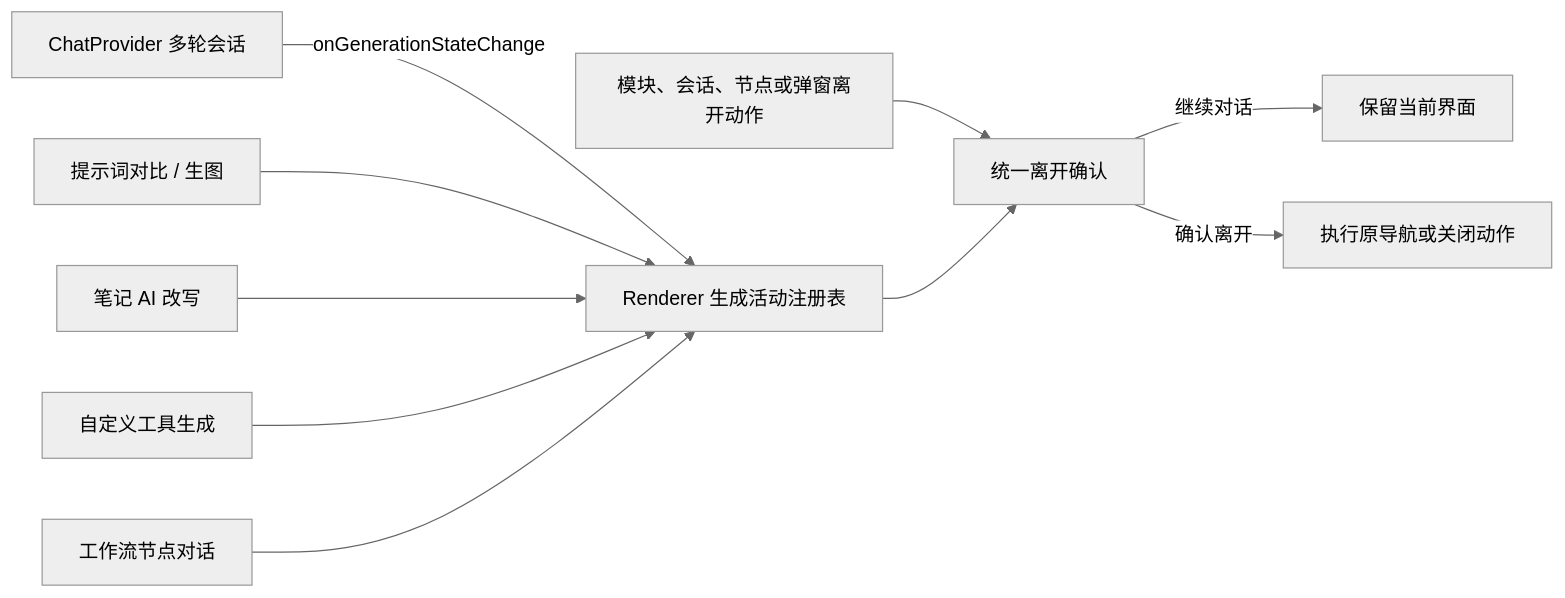
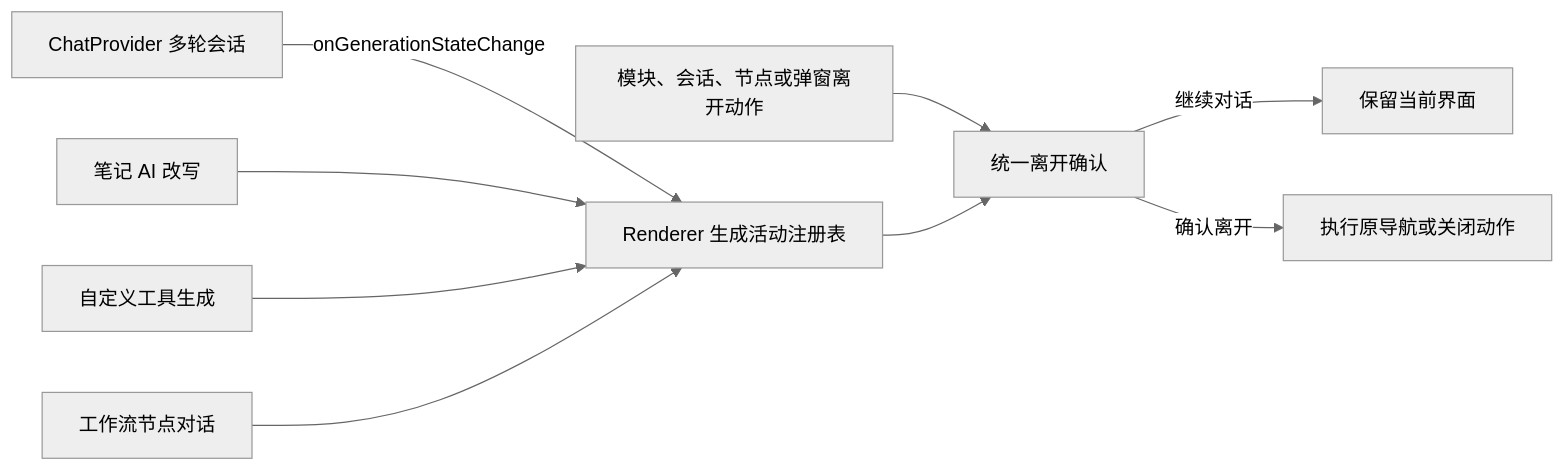
The fifth of 8 diagrams in docs/architecture/system-overview.md (zhangxinggang/momo-ai), drawn with Mermaid (neutral theme) before and after one commit. The commit also changed other lines of this file and 610 other files, not shown here.

````diff
--- a/docs/architecture/system-overview.md
+++ b/docs/architecture/system-overview.md
@@ -132,12 +253,11 @@
 ```mermaid
 flowchart LR
   ChatProvider[ChatProvider 多轮会话] -->|onGenerationStateChange| Activity[Renderer 生成活动注册表]
-  PromptCompare[提示词对比 / 生图] --> Activity
   NoteComposer[笔记 AI 改写] --> Activity
   ToolComposer[自定义工具生成] --> Activity
   WorkflowChat[工作流节点对话] --> Activity
   Navigation[模块、会话、节点或弹窗离开动作] --> Guard[统一离开确认]
   Activity --> Guard
   Guard -->|继续对话| Stay[保留当前界面]
   Guard -->|确认离开| Leave[执行原导航或关闭动作]
 ```
````
